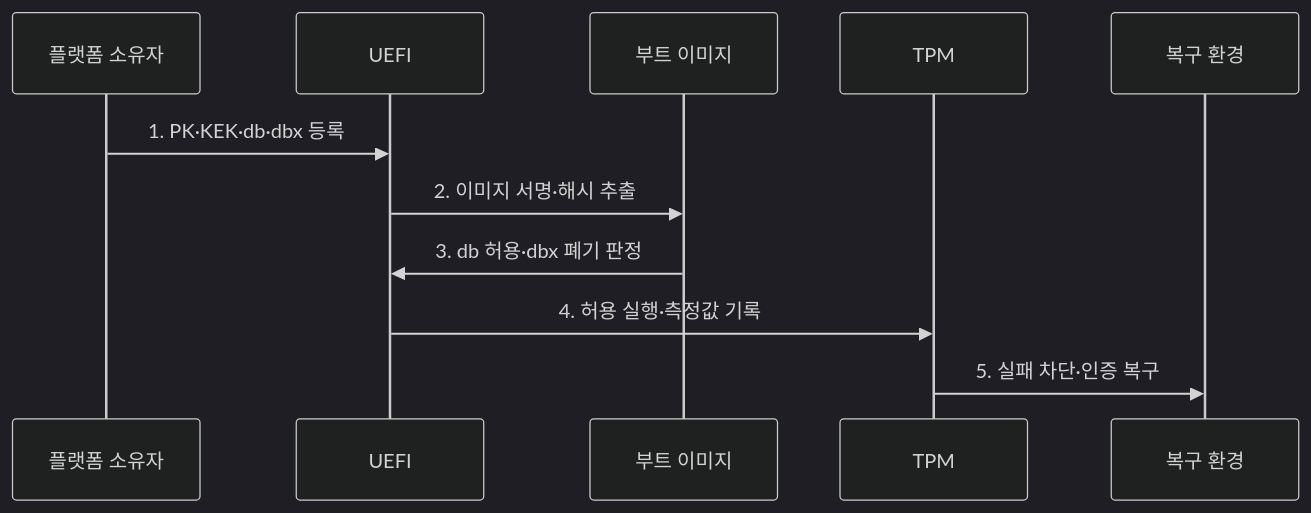
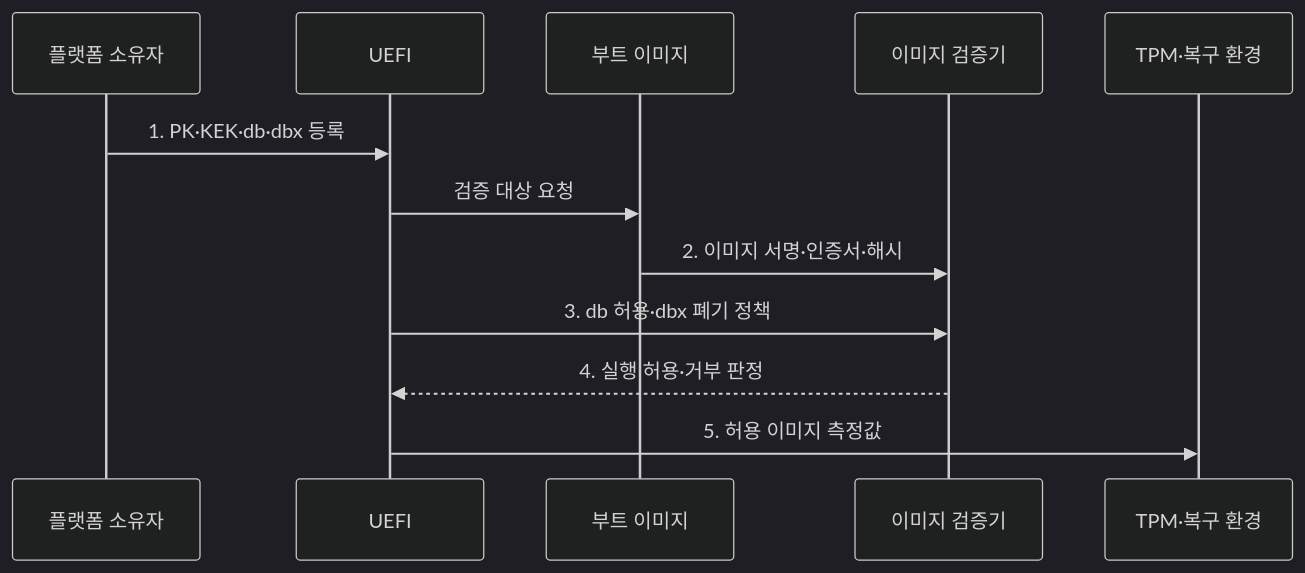
Before and after one commit to agnusdei1207/knowledge-base: the second of 2 diagrams in src/content/docs/notes/05-security/127_secure_boot.md, drawn with Mermaid (dark theme). The commit also changed other lines of this file and 20 other files, not shown here.

````diff
--- a/src/content/docs/notes/05-security/127_secure_boot.md
+++ b/src/content/docs/notes/05-security/127_secure_boot.md
@@ -81,13 +81,14 @@
 ```mermaid
 sequenceDiagram
   participant O as 플랫폼 소유자
   participant U as UEFI
   participant I as 부트 이미지
-  participant T as TPM
-  participant R as 복구 환경
+  participant V as 이미지 검증기
+  participant T as TPM·복구 환경
   O->>U: 1. PK·KEK·db·dbx 등록
-  U->>I: 2. 이미지 서명·해시 추출
-  I->>U: 3. db 허용·dbx 폐기 판정
-  U->>T: 4. 허용 실행·측정값 기록
-  T->>R: 5. 실패 차단·인증 복구
+  U->>I: 검증 대상 요청
+  I->>V: 2. 이미지 서명·인증서·해시
+  U->>V: 3. db 허용·dbx 폐기 정책
+  V-->>U: 4. 실행 허용·거부 판정
+  U->>T: 5. 허용 이미지 측정값
 ```
````
